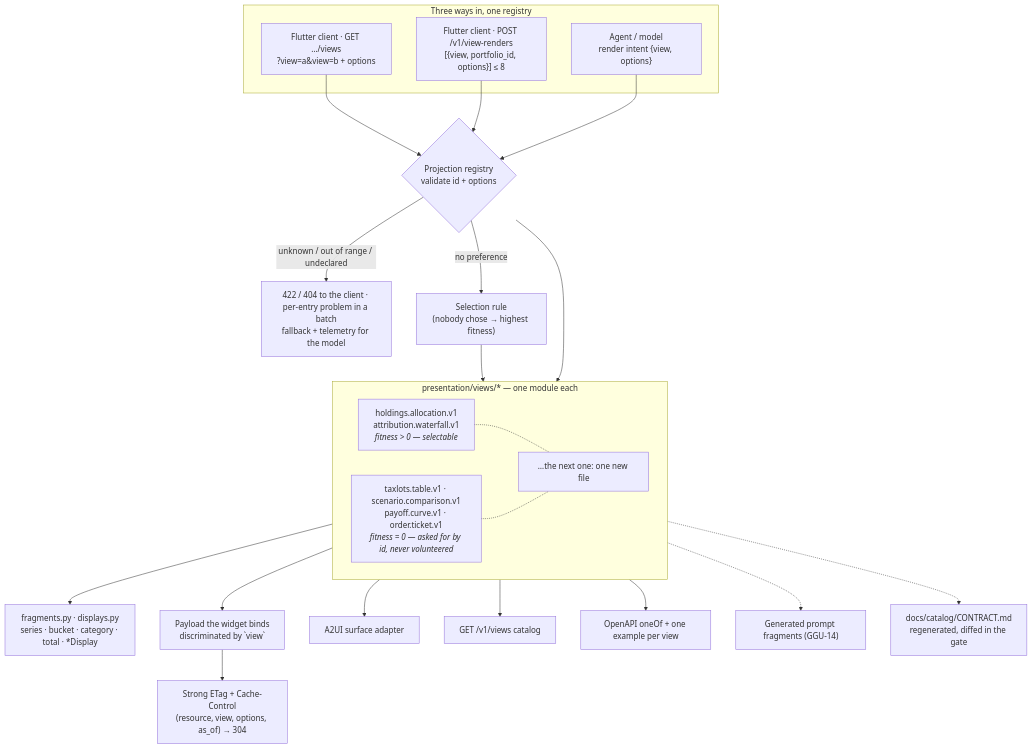
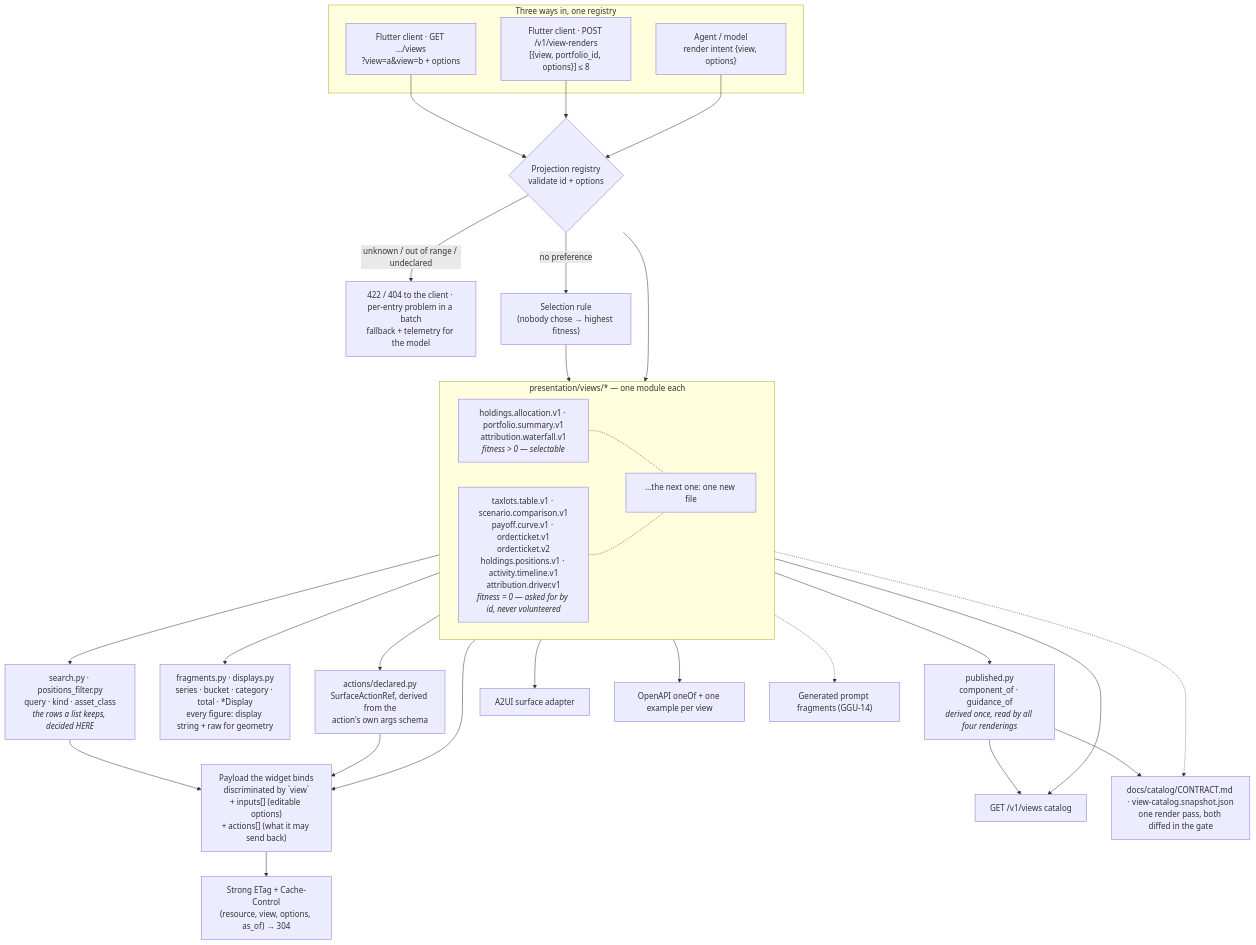
The diagram in docs/diagrams/06-response-shaping.md (somnio-projects/finance-google-a2ui), drawn with Mermaid before and after one commit. The commit also changed other lines of this file and 1346 other files, not shown here.

````diff
--- a/docs/diagrams/06-response-shaping.md
+++ b/docs/diagrams/06-response-shaping.md
@@ -15,18 +15,21 @@
     rej["422 / 404 to the client · per-entry problem in a batch<br/>fallback + telemetry for the model"]
     sel["Selection rule<br/>(nobody chose → highest fitness)"]
     subgraph views["presentation/views/* — one module each"]
-        v1["holdings.allocation.v1<br/>attribution.waterfall.v1<br/><i>fitness > 0 — selectable</i>"]
-        v2["taxlots.table.v1 · scenario.comparison.v1<br/>payoff.curve.v1 · order.ticket.v1<br/><i>fitness = 0 — asked for by id, never volunteered</i>"]
+        v1["holdings.allocation.v1 · portfolio.summary.v1<br/>attribution.waterfall.v1<br/><i>fitness > 0 — selectable</i>"]
+        v2["taxlots.table.v1 · scenario.comparison.v1<br/>payoff.curve.v1 · order.ticket.v1<br/>order.ticket.v2<br/>holdings.positions.v1 · activity.timeline.v1<br/>attribution.driver.v1<br/><i>fitness = 0 — asked for by id, never volunteered</i>"]
         vn["…the next one: one new file"]
     end
-    frag["fragments.py · displays.py<br/>series · bucket · category · total · *Display"]
-    out["Payload the widget binds<br/>discriminated by `view`"]
+    filt["search.py · positions_filter.py<br/>query · kind · asset_class<br/><i>the rows a list keeps, decided HERE</i>"]
+    frag["fragments.py · displays.py<br/>series · bucket · category · total · *Display<br/>every figure: display string + raw for geometry"]
+    decl["actions/declared.py<br/>SurfaceActionRef, derived from the<br/>action's own args schema"]
+    pub["published.py<br/>component_of · guidance_of<br/><i>derived once, read by all four renderings</i>"]
+    out["Payload the widget binds<br/>discriminated by `view`<br/>+ inputs[] (editable options)<br/>+ actions[] (what it may send back)"]
     etag["Strong ETag + Cache-Control<br/>(resource, view, options, as_of) → 304"]
     a2ui["A2UI surface adapter"]
     cat["GET /v1/views catalog"]
     oa["OpenAPI oneOf + one example per view"]
     pf["Generated prompt fragments (GGU-14)"]
-    doc["docs/catalog/CONTRACT.md<br/>regenerated, diffed in the gate"]
+    doc["docs/catalog/CONTRACT.md · view-catalog.snapshot.json<br/>one render pass, both diffed in the gate"]
 
     cl --> reg
     batch --> reg
@@ -34,10 +37,15 @@
     reg -- "unknown / out of range / undeclared" --> rej
     reg -- "no preference" --> sel --> views
     reg --> views
+    views --> filt --> out
     views --> frag
+    views --> decl --> out
     views --> out
     out --> etag
     views --> a2ui
+    views --> pub
+    pub --> cat
+    pub --> doc
     views --> cat
     views --> oa
     views -.-> pf
@@ -48,10 +56,42 @@
     %% Registering once publishes to five consumers; adding a chart touches
     %% only its own module (ADR-K D-14, D-15) — views/ is auto-discovered,
     %% so not even an import line is edited.
+    %% The frozen contract is published twice from ONE registry read: Markdown
+    %% for the designer (GGU-41) and JSON for the Flutter catalog test
+    %% (GGU-53). A third rendering is one entry in catalog_artifacts.ARTIFACTS.
     %% The batch is a RESOURCE, not an RPC call: POST creates it, 201 returns
     %% it inline, and EVERY entry carries its own status, so one bad view
     %% never sinks the others (ADR-K D-18).
+    %% A FILTER IS AN OPTION (spec 0035). `kind`, `asset_class` and the free
+    %% text `query` narrow the rows server-side; the client sends them as
+    %% query parameters and renders what comes back, in the order it came
+    %% (N-10). It must never filter a list it already holds — and note that
+    %% binding_rules_compute_test.dart needles .sort/.fold/.reduce but NOT
+    %% .where, so that one is the reviewer's, not the machine's.
+    %% A filter that keeps nothing answers 200 with an EMPTY list and the
+    %% projection's own `empty` sentence — never a 404, and never a sentence
+    %% the device composed (N-9).
+    %% What a filter does NOT touch is the header: holdings.positions.v1
+    %% keeps `total`, `gain` and every `weight` as facts about the WHOLE
+    %% portfolio while `positions` is narrowed (spec 0035 OD-4).
     %% The client's rejection is a 422/404; inside a batch it is that entry's
     %% problem document; the model's is a recorded fallback (ADR-K D-12).
     %% ETag covers the two GET reads only: a POST batch is not revalidated.
+    %% A payload declares interactivity TWICE and the two must agree, which
+    %% is what GGU-78 found they did not:
+    %%   inputs[]  — the editable options, each named EXACTLY as the option
+    %%               that sets it, which is what the contract document reads
+    %%               to fill its Input column (spec 0019 OD-3)
+    %%   actions[] — what a tap may send BACK, and that is a new agent turn,
+    %%               not a re-render (spec 0022)
+    %% The rule that keeps them apart: if the answer is the same view with
+    %% different numbers it is an OPTION; if it is a new turn it is an ACTION.
+    %% An ACTION is only invocable if the payload carries the VALUE it sends:
+    %% Bucket.key is the symbol drill.attribution.v1 accepts, and before
+    %% GGU-53 it did not exist, so the affordance was advertised and unusable.
+    %% The COMPONENT NAME is the single string the Flutter client registers
+    %% against, so it is derived from the adapter in published.py and never
+    %% transcribed. It is compared against the design catalog, the snapshot
+    %% and the Markdown by test_component_names.py (spec 0023) — four
+    %% declarations of one fact, which is three more than can be trusted.
 ```
````
